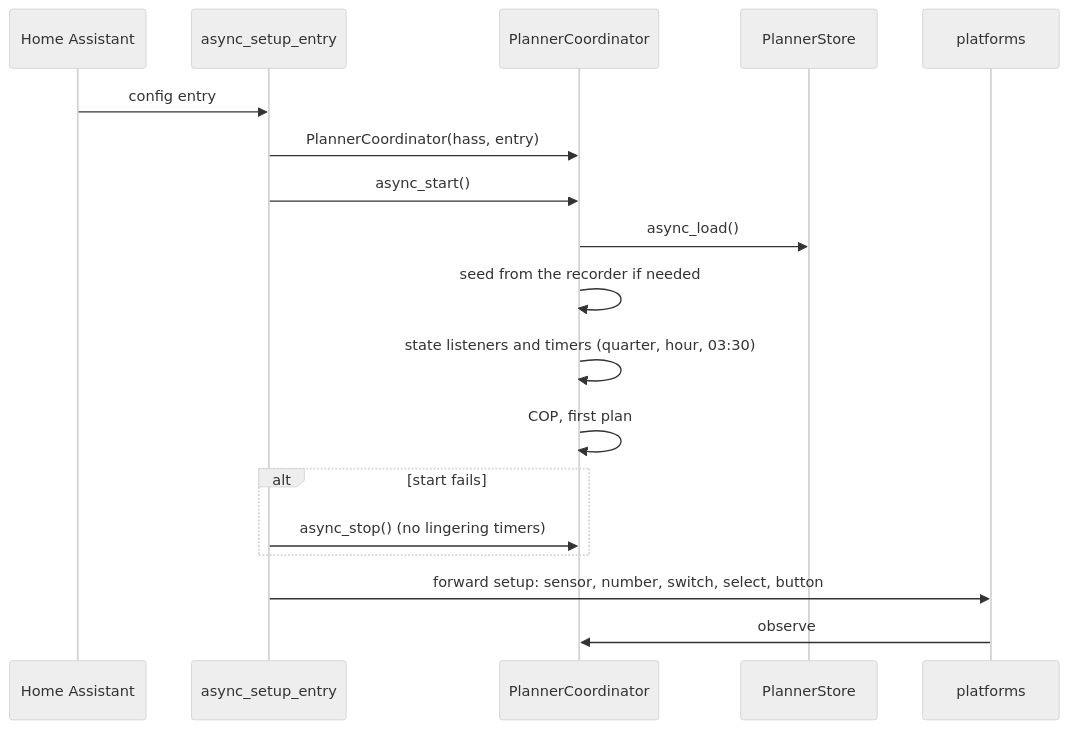
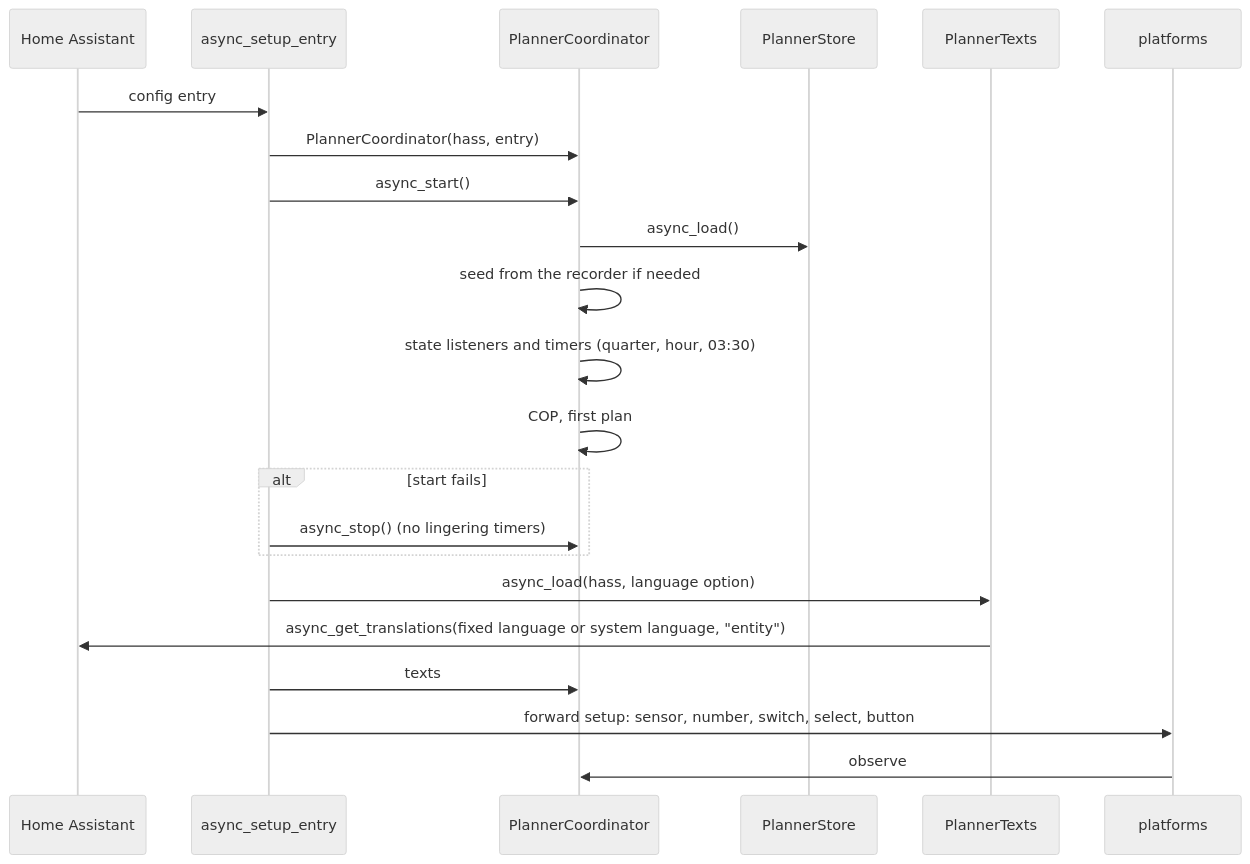
One commit to abroeders/pond-heatpump-price-planner changed diagram 18 of 25 in docs/architecture.md. Above: the diagram before and after it, drawn with Mermaid (neutral theme). The commit also changed other lines of this file and 6 other files, not shown here.

Commit message:
docs: language option in configuration, entities, card and architecture (#28)

````diff
--- a/docs/architecture.md
+++ b/docs/architecture.md
@@ -737,20 +748,24 @@
 ```mermaid
 sequenceDiagram
     participant HA as Home Assistant
     participant Init as async_setup_entry
     participant Co as PlannerCoordinator
     participant Store as PlannerStore
+    participant Texts as PlannerTexts
     participant Ent as platforms
     HA->>Init: config entry
     Init->>Co: PlannerCoordinator(hass, entry)
     Init->>Co: async_start()
     Co->>Store: async_load()
     Co->>Co: seed from the recorder if needed
     Co->>Co: state listeners and timers (quarter, hour, 03:30)
     Co->>Co: COP, first plan
     alt start fails
         Init->>Co: async_stop() (no lingering timers)
     end
+    Init->>Texts: async_load(hass, language option)
+    Texts->>HA: async_get_translations(fixed language or system language, "entity")
+    Init->>Co: texts
     Init->>Ent: forward setup: sensor, number, switch, select, button
     Ent->>Co: observe
 ```
````
